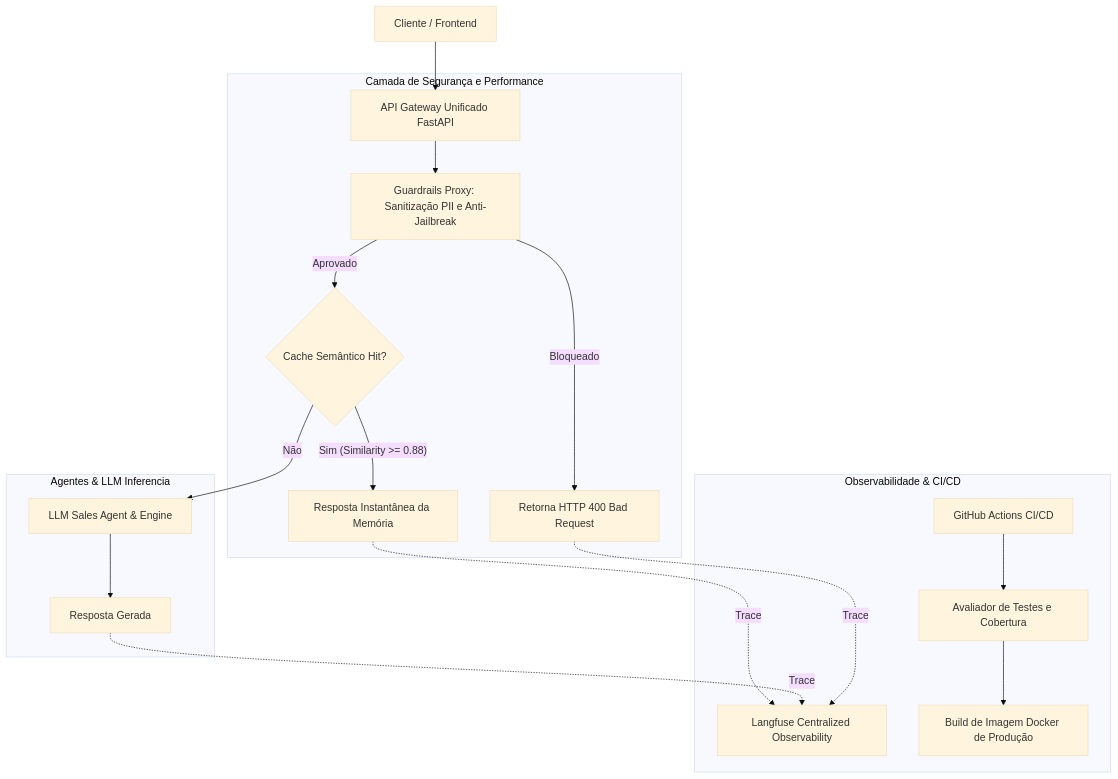
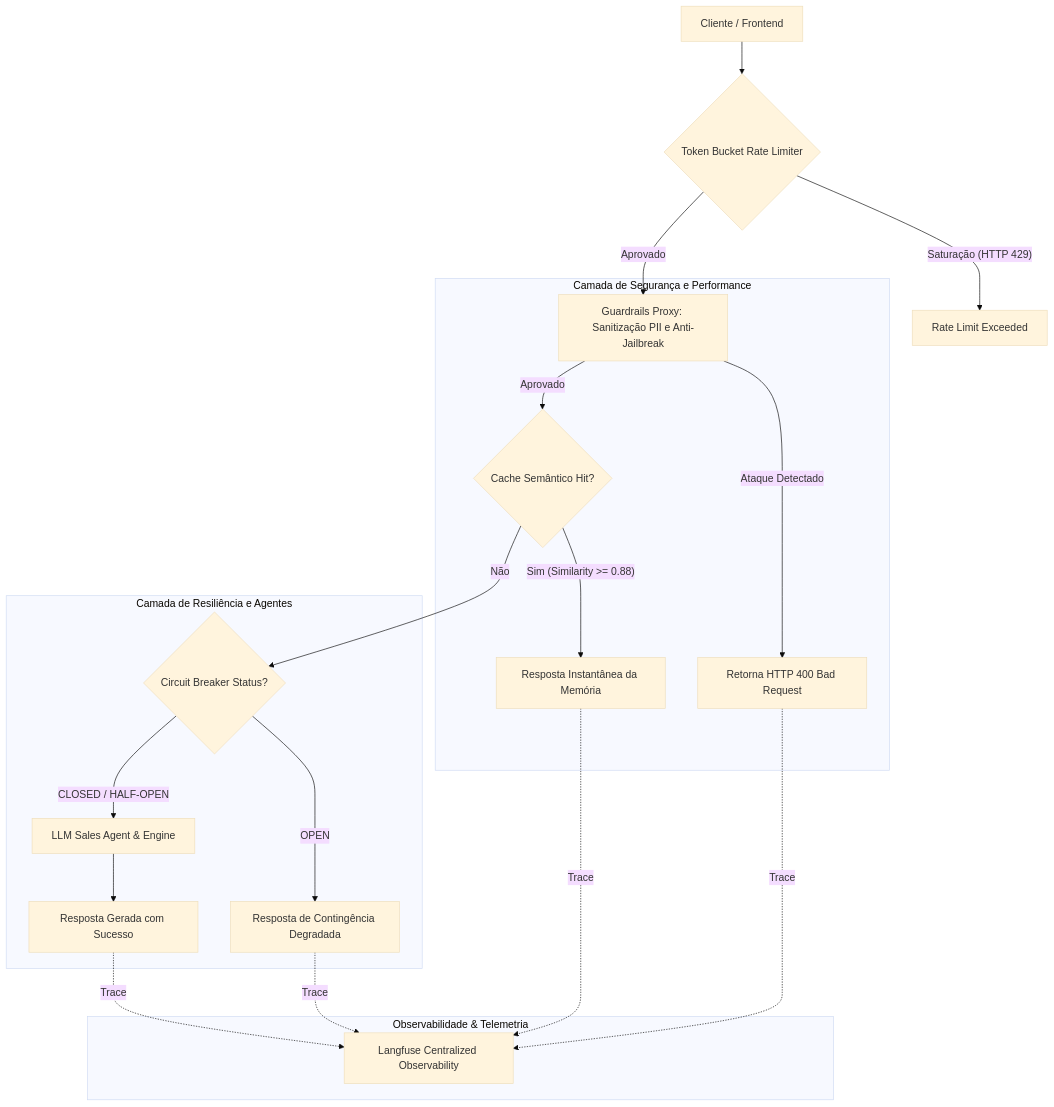
Before and after one commit to cayoesn/llm-llmops: the diagram in README.md, drawn with Mermaid (base theme). The commit also changed other lines of this file and 3 other files, not shown here.

Commit message:
feat(llmops): implement token bucket rate limiter and tri-state circuit breaker

````diff
--- a/README.md
+++ b/README.md
@@ -18,25 +15,26 @@
 ```mermaid
 flowchart TD
-    Client[Cliente / Frontend] --> Gateway[API Gateway Unificado FastAPI]
+    Client[Cliente / Frontend] --> RateLimit{Token Bucket Rate Limiter}
+    RateLimit -- Saturação (HTTP 429) --> Rejected[Rate Limit Exceeded]
+    RateLimit -- Aprovado --> Guardrails[Guardrails Proxy: Sanitização PII e Anti-Jailbreak]
     
     subgraph Security & Efficiency [Camada de Segurança e Performance]
-        Gateway --> Guardrails[Guardrails Proxy: Sanitização PII e Anti-Jailbreak]
-        Guardrails -- Bloqueado --> Blocked[Retorna HTTP 400 Bad Request]
+        Guardrails -- Ataque Detectado --> Blocked[Retorna HTTP 400 Bad Request]
         Guardrails -- Aprovado --> CacheCheck{Cache Semântico Hit?}
         CacheCheck -- Sim (Similarity >= 0.88) --> FastReturn[Resposta Instantânea da Memória]
     end
     
-    subgraph Intelligence Layer [Agentes & LLM Inferencia]
-        CacheCheck -- Não --> SalesAgent[LLM Sales Agent & Engine]
-        SalesAgent --> AgentResponse[Resposta Gerada]
+    subgraph Resilience & Agent [Camada de Resiliência e Agentes]
+        CacheCheck -- Não --> CircuitCheck{Circuit Breaker Status?}
+        CircuitCheck -- OPEN --> FallbackResp[Resposta de Contingência Degradada]
+        CircuitCheck -- CLOSED / HALF-OPEN --> SalesAgent[LLM Sales Agent & Engine]
+        SalesAgent --> AgentResponse[Resposta Gerada com Sucesso]
     end
     
-    subgraph Telemetry & Observability [Observabilidade & CI/CD]
+    subgraph Telemetry [Observabilidade & Telemetria]
         FastReturn -. Trace .-> Langfuse[Langfuse Centralized Observability]
         AgentResponse -. Trace .-> Langfuse
+        FallbackResp -. Trace .-> Langfuse
         Blocked -. Trace .-> Langfuse
-        
-        GHActions[GitHub Actions CI/CD] --> PytestRun[Avaliador de Testes e Cobertura]
-        PytestRun --> DockerBuild[Build de Imagem Docker de Produção]
     end
 ```
````
